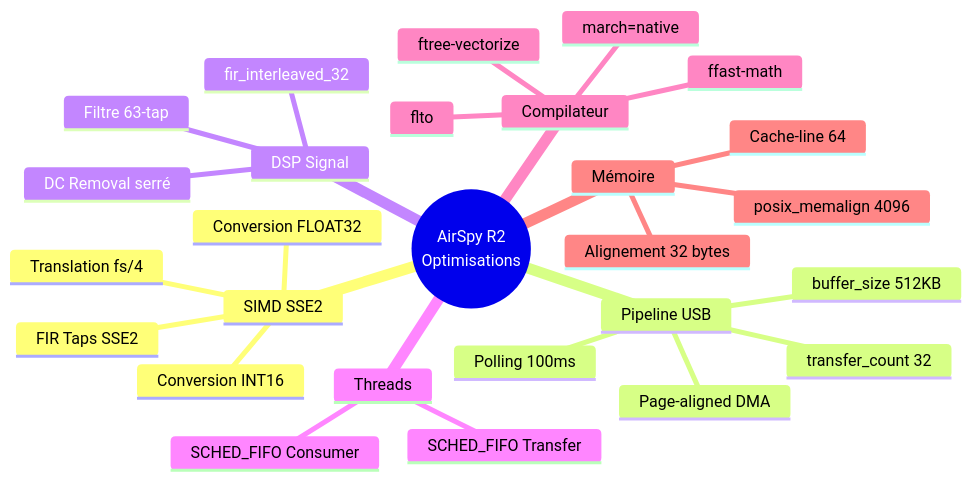
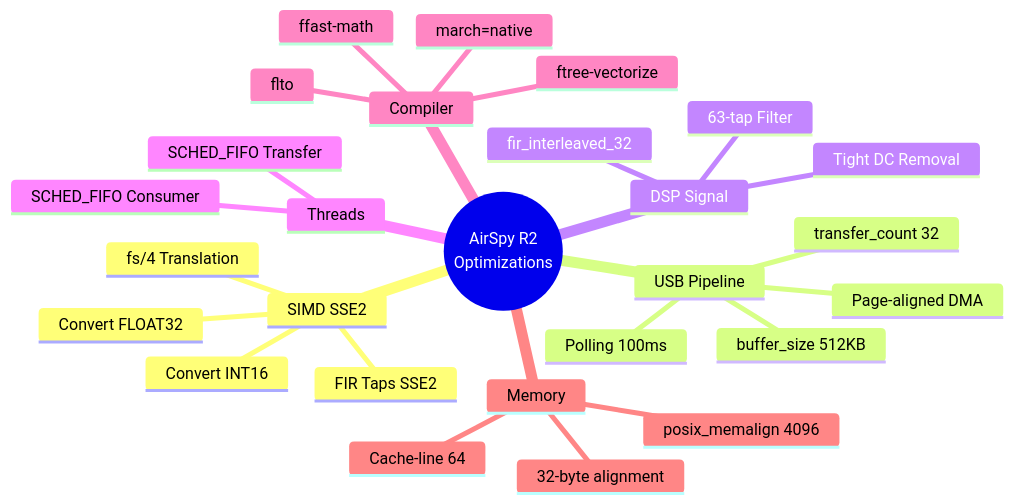
One commit to f4tnk/airspyone_host changed the first of 11 diagrams in OPTIMIZATIONS-F4TNK.md. Above: the diagram before and after it, drawn with Mermaid. The commit also changed other lines of this file, not shown here.

````diff
--- a/OPTIMIZATIONS-F4TNK.md
+++ b/OPTIMIZATIONS-F4TNK.md
@@ -44,30 +44,30 @@
 ```mermaid
 mindmap
-  root((AirSpy R2<br/>Optimisations))
+  root((AirSpy R2<br/>Optimizations))
     SIMD SSE2
-      Conversion INT16
-      Conversion FLOAT32
-      Translation fs/4
+      Convert INT16
+      Convert FLOAT32
+      fs/4 Translation
       FIR Taps SSE2
-    Pipeline USB
+    USB Pipeline
       transfer_count 32
       buffer_size 512KB
       Polling 100ms
       Page-aligned DMA
     DSP Signal
-      Filtre 63-tap
-      DC Removal serré
+      63-tap Filter
+      Tight DC Removal
       fir_interleaved_32
     Threads
       SCHED_FIFO Consumer
       SCHED_FIFO Transfer
-    Compilateur
+    Compiler
       march=native
       ffast-math
       ftree-vectorize
       flto
-    Mémoire
-      Alignement 32 bytes
+    Memory
+      32-byte alignment
       posix_memalign 4096
       Cache-line 64
 ```
````
